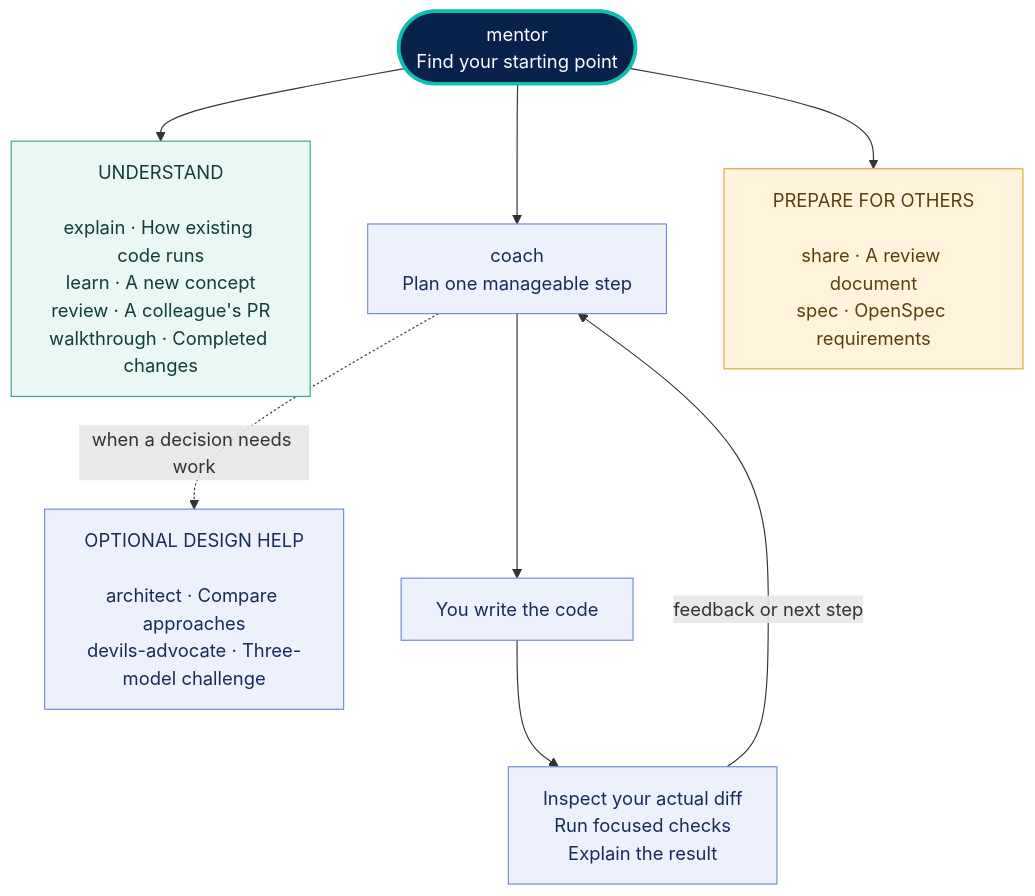
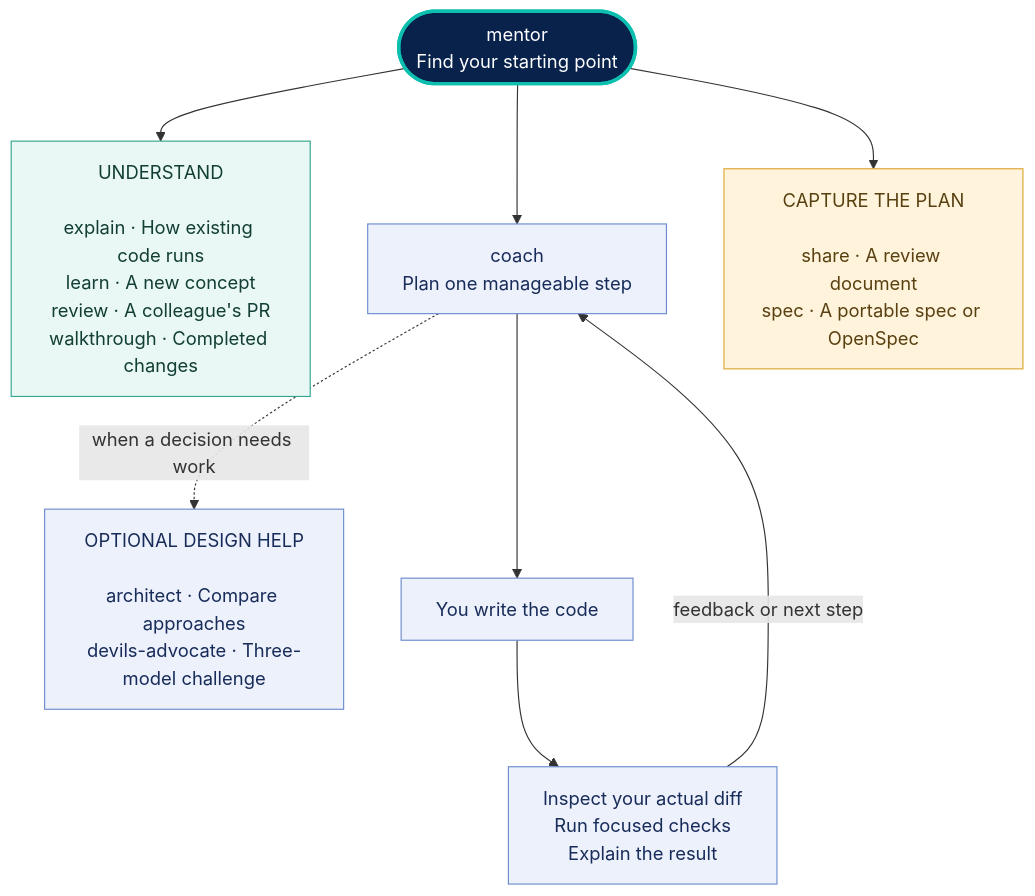
Before and after one commit to SirL0fty/dev-mentor: the diagram in README.md, drawn with Mermaid. The commit also changed other lines of this file and 54 other files, not shown here.

Commit message:
Add portable specifications and official OpenSpec propose handoff

````diff
--- a/README.md
+++ b/README.md
@@ -231,26 +231,26 @@
 ```mermaid
 flowchart TB
     Mentor(["mentor<br/>Find your starting point"])
     Understand["UNDERSTAND<br/><br/>explain · How existing code runs<br/>learn · A new concept<br/>review · A colleague's PR<br/>walkthrough · Completed changes"]
     Coach["coach<br/>Plan one manageable step"]
-    Prepare["PREPARE FOR OTHERS<br/><br/>share · A review document<br/>spec · OpenSpec requirements"]
+    Prepare["CAPTURE THE PLAN<br/><br/>share · A review document<br/>spec · A portable spec or OpenSpec"]
     Design["OPTIONAL DESIGN HELP<br/><br/>architect · Compare approaches<br/>devils-advocate · Three-model challenge"]
     Edit["You write the code"]
     Check["Inspect your actual diff<br/>Run focused checks<br/>Explain the result"]
 
     Mentor --> Understand
     Mentor --> Coach
     Mentor --> Prepare
     Coach -. "when a decision needs work" .-> Design
     Coach --> Edit --> Check
     Check -->|"feedback or next step"| Coach
 
     classDef entry fill:#08224c,color:#ffffff,stroke:#0cbfaf,stroke-width:3px
     classDef understand fill:#e9f8f4,color:#123e35,stroke:#32a68e
     classDef build fill:#edf1fc,color:#182c59,stroke:#6d8cce
     classDef share fill:#fff4db,color:#594011,stroke:#dca735
     class Mentor entry
     class Understand understand
     class Coach,Edit,Check,Design build
     class Prepare share
 ```
````
